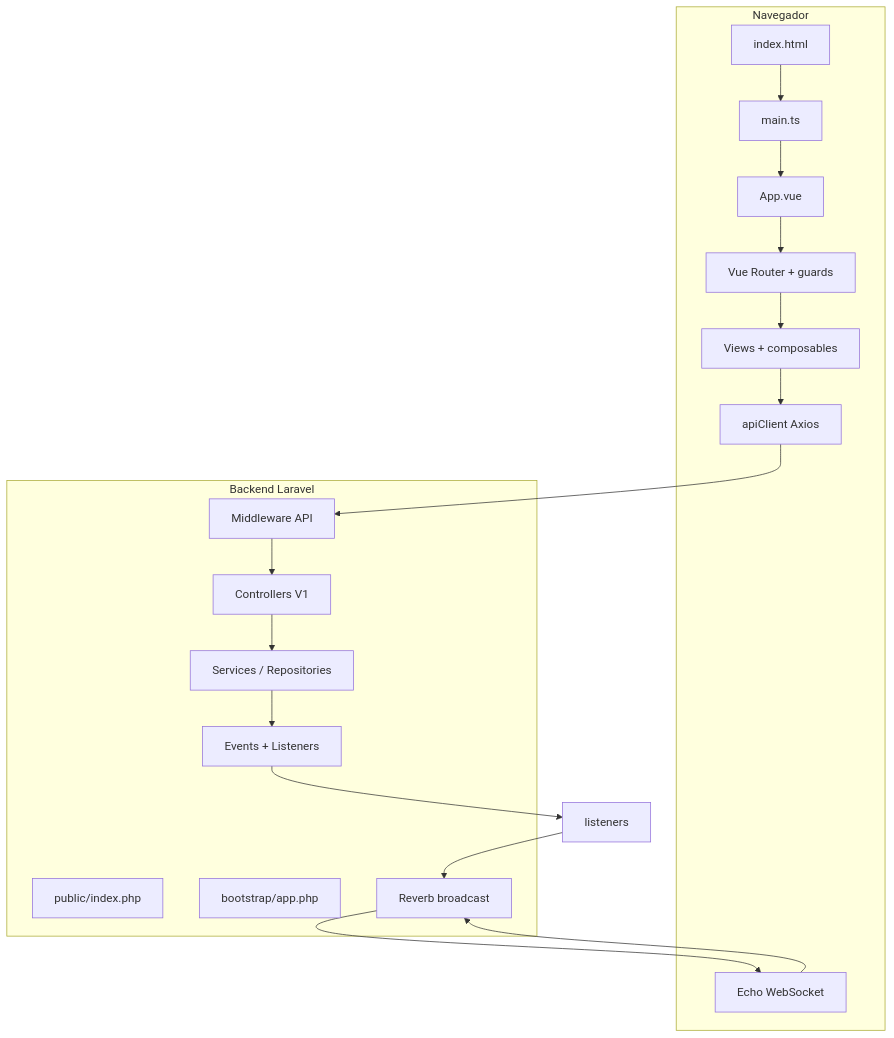
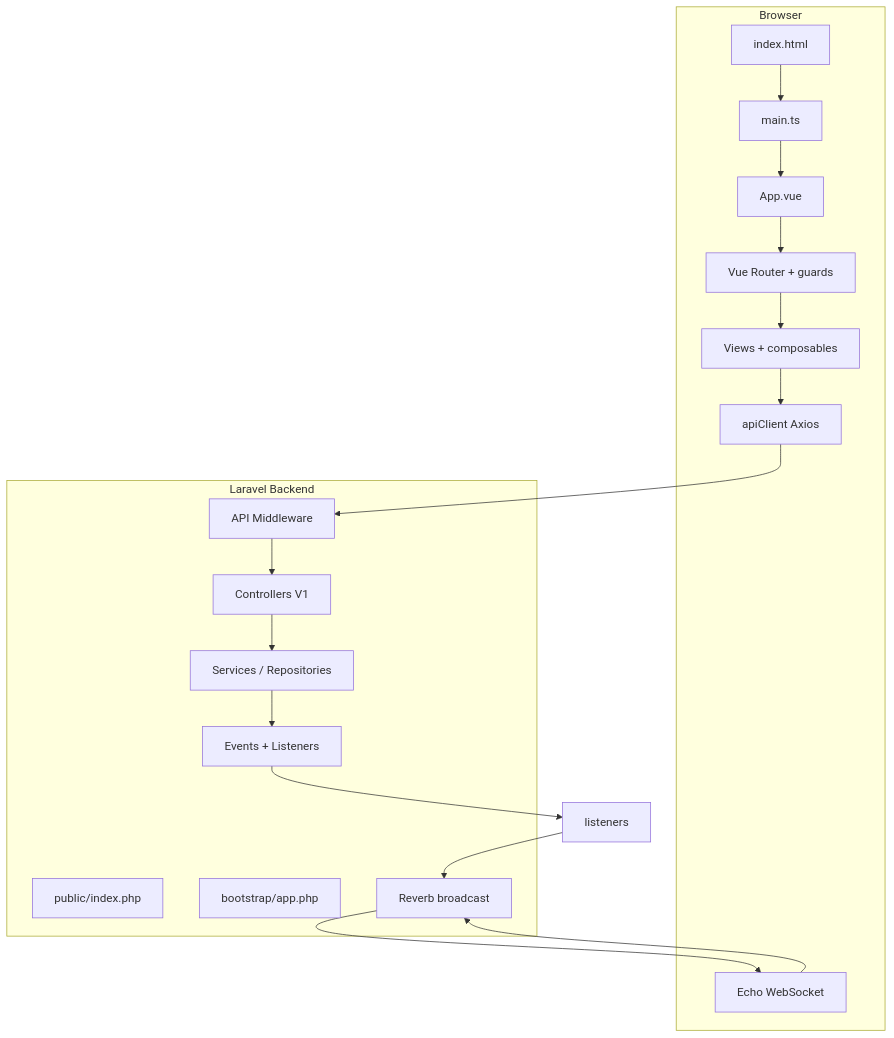
Before and after one commit to hatanaca/studyStackPro: the diagram in docs/technical/FLUXO_COMPLETO_STUDYTRACK_PRO.md, drawn with Mermaid. The commit also changed other lines of this file and 308 other files, not shown here.

````diff
--- a/docs/technical/FLUXO_COMPLETO_STUDYTRACK_PRO.md
+++ b/docs/technical/FLUXO_COMPLETO_STUDYTRACK_PRO.md
@@ -11,26 +11,26 @@
 ```mermaid
 flowchart TB
-  subgraph browser [Navegador]
+  subgraph browser [Browser]
     indexHtml[index.html]
     mainTs[main.ts]
     appVue[App.vue]
     router[Vue Router + guards]
     views[Views + composables]
     axios[apiClient Axios]
     echo[Echo WebSocket]
   end
-  subgraph laravel [Backend Laravel]
+  subgraph laravel [Laravel Backend]
     indexPhp[public/index.php]
     appBootstrap[bootstrap/app.php]
-    pipeline[Middleware API]
+    pipeline[API Middleware]
     controllers[Controllers V1]
     services[Services / Repositories]
     events[Events + Listeners]
     reverb[Reverb broadcast]
   end
   indexHtml --> mainTs --> appVue --> router --> views
   views --> axios --> pipeline --> controllers --> services
   services --> events --> listeners --> reverb
   echo --> reverb
   reverb --> echo
 ```
````
